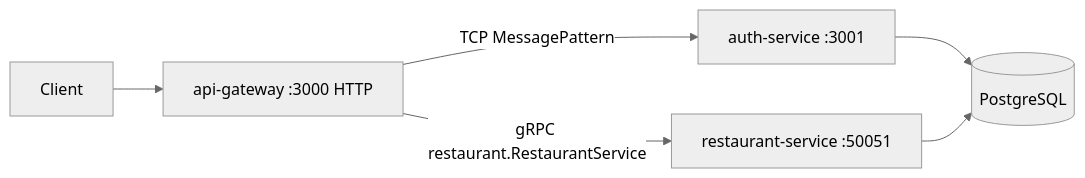
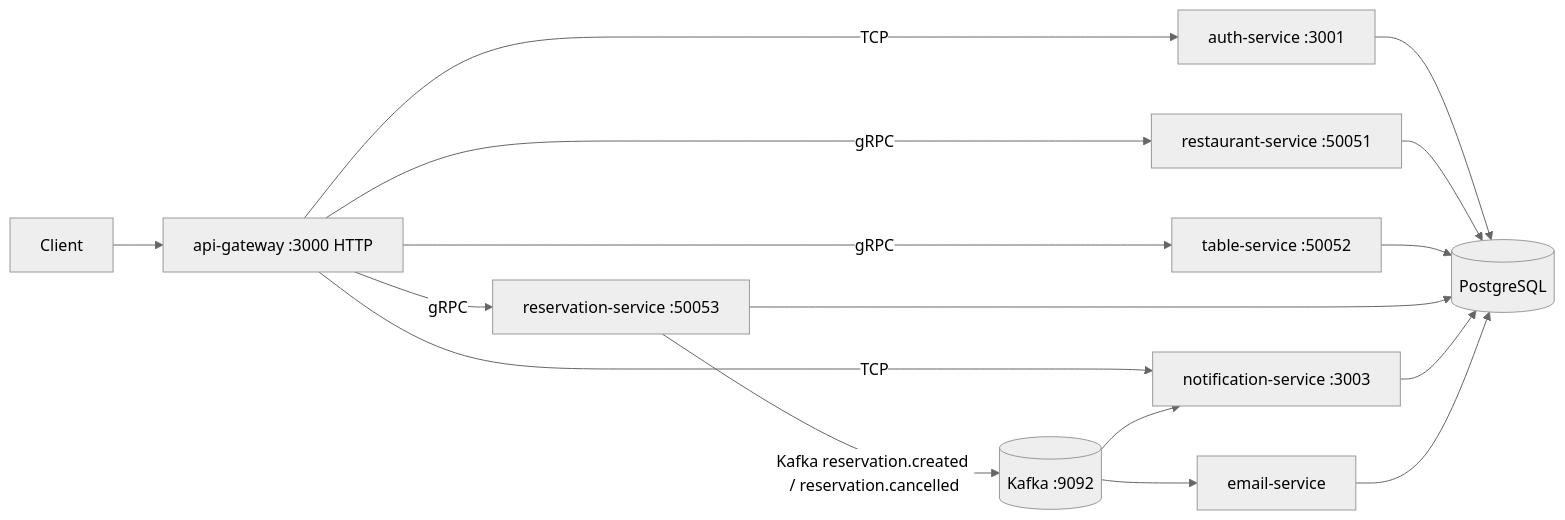
Before and after one commit to ahadg/restaurant-table-reservation: the diagram in docs/CONTEXT.md, drawn with Mermaid (neutral theme). The commit also changed other lines of this file and 39 other files, not shown here.

Commit message:
table and reservation service complete

````diff
--- a/docs/CONTEXT.md
+++ b/docs/CONTEXT.md
@@ -7,8 +7,18 @@
 ```mermaid
 flowchart LR
   Client --> GW["api-gateway :3000 HTTP"]
-  GW -->|"TCP MessagePattern"| AUTH["auth-service :3001"]
-  GW -->|"gRPC restaurant.RestaurantService"| REST["restaurant-service :50051"]
+  GW -->|"TCP"| AUTH["auth-service :3001"]
+  GW -->|"gRPC"| REST["restaurant-service :50051"]
+  GW -->|"gRPC"| TABLE["table-service :50052"]
+  GW -->|"gRPC"| RSV["reservation-service :50053"]
+  GW -->|"TCP"| NOTIF["notification-service :3003"]
+  RSV -->|"Kafka reservation.created / reservation.cancelled"| K[(Kafka :9092)]
+  K --> NOTIF
+  K --> EMAIL["email-service"]
   AUTH --> PG[(PostgreSQL)]
   REST --> PG
+  TABLE --> PG
+  RSV --> PG
+  NOTIF --> PG
+  EMAIL --> PG
 ```
````
